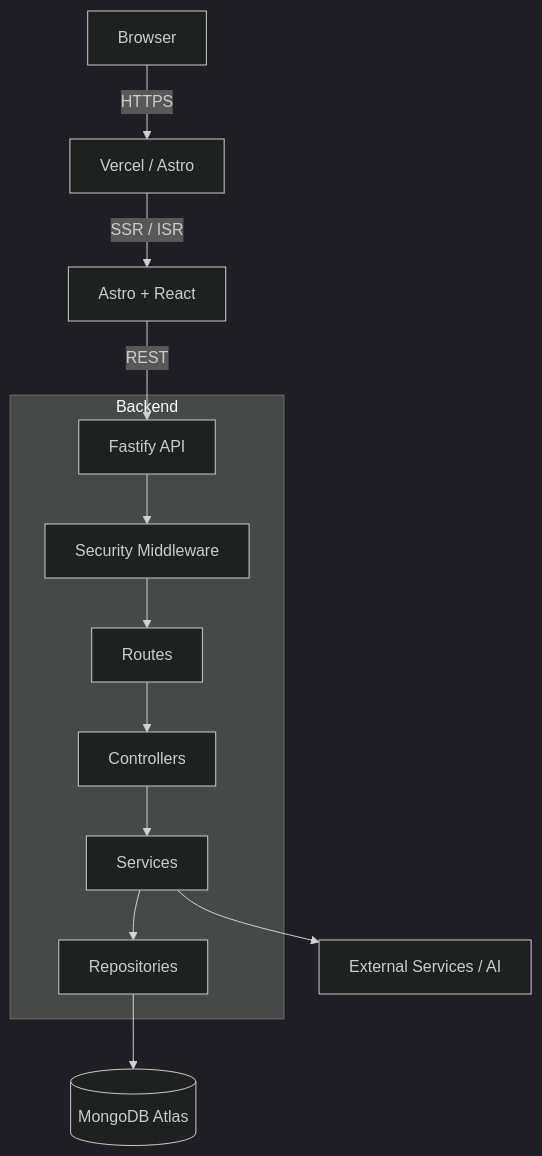
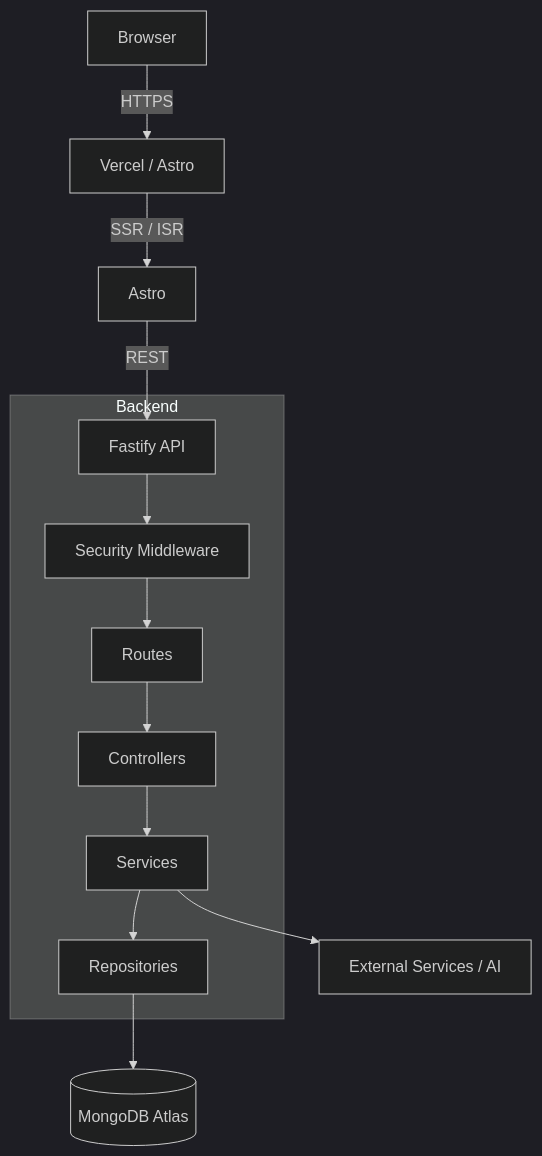
One commit to AeSoul0/CodeForge changed the diagram in README.md. Above: the diagram before and after it, drawn with Mermaid (dark theme). The commit also changed other lines of this file and 9 other files, not shown here.

First line of the commit message:
chore(frontend): remove the unused React integration

````diff
--- a/README.md
+++ b/README.md
@@ -38,17 +38,17 @@
 ```mermaid
 graph TD
     Browser[Browser] -->|HTTPS| Vercel[Vercel / Astro]
-    Vercel -->|SSR / ISR| Frontend[Astro + React]
+    Vercel -->|SSR / ISR| Frontend[Astro]
     Frontend -->|REST| API[Fastify API]
 
     subgraph Backend
         API --> Security[Security Middleware]
         Security --> Routes[Routes]
         Routes --> Controllers[Controllers]
         Controllers --> Services[Services]
         Services --> Repositories[Repositories]
     end
 
     Repositories --> MongoDB[(MongoDB Atlas)]
     Services --> External[External Services / AI]
 ```
````
